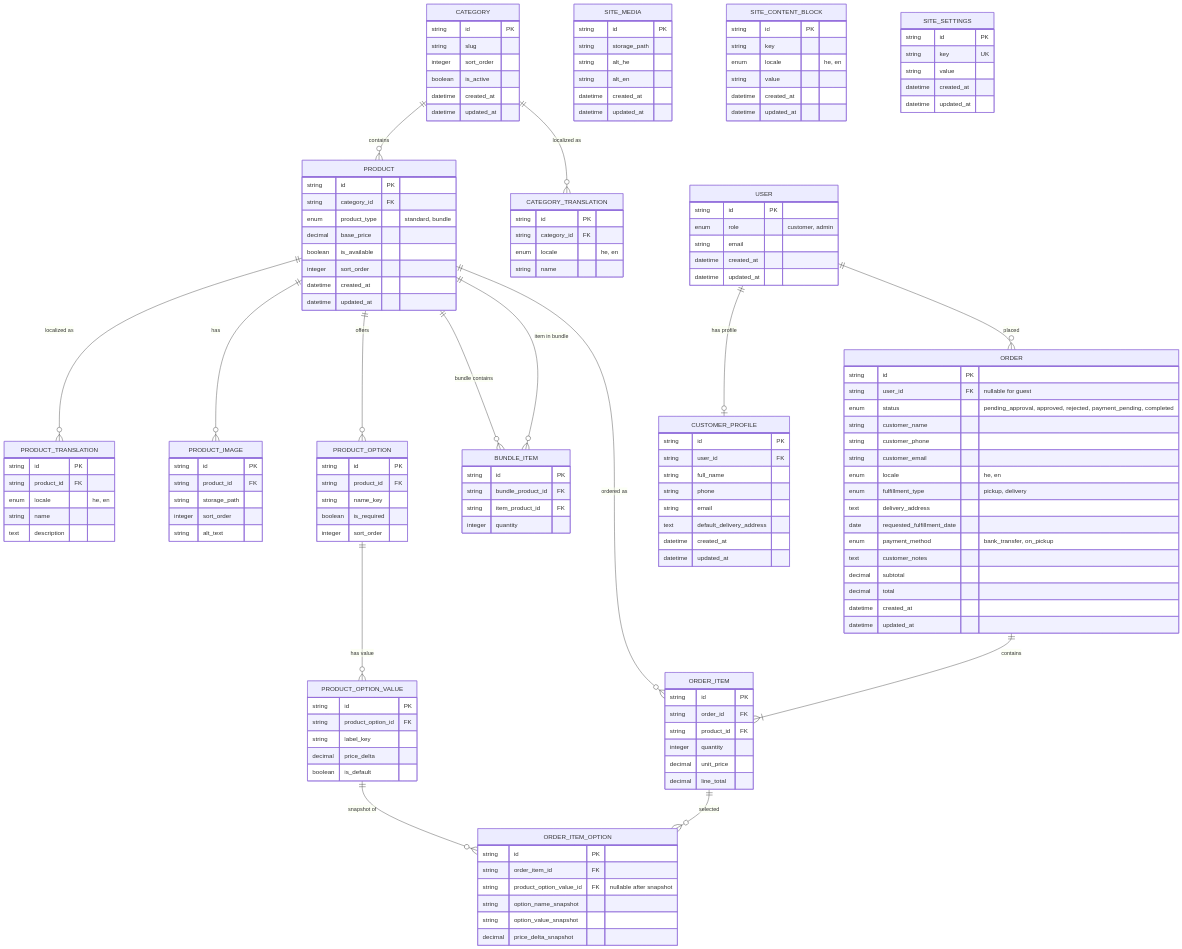
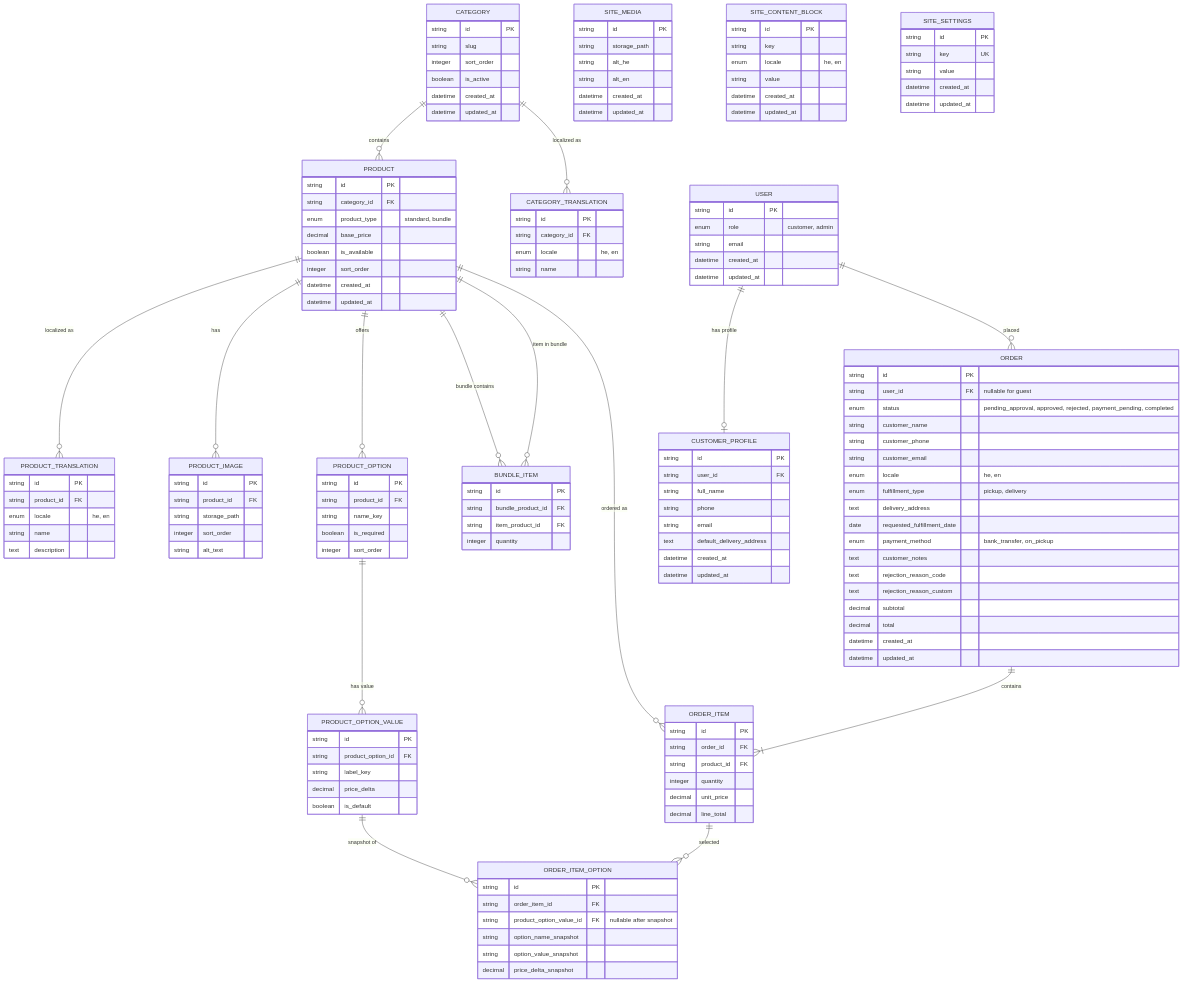
One commit to malka3949/maison-malka changed the diagram in DOCS/Maison-Malka-ERD.md. Above: the diagram before and after it, drawn with Mermaid. The commit also changed other lines of this file and 16 other files, not shown here.

```diff
--- a/DOCS/Maison-Malka-ERD.md
+++ b/DOCS/Maison-Malka-ERD.md
@@ -156,6 +156,8 @@
         date requested_fulfillment_date
         enum payment_method "bank_transfer, on_pickup"
         text customer_notes
+        text rejection_reason_code
+        text rejection_reason_custom
         decimal subtotal
         decimal total
         datetime created_at
```
